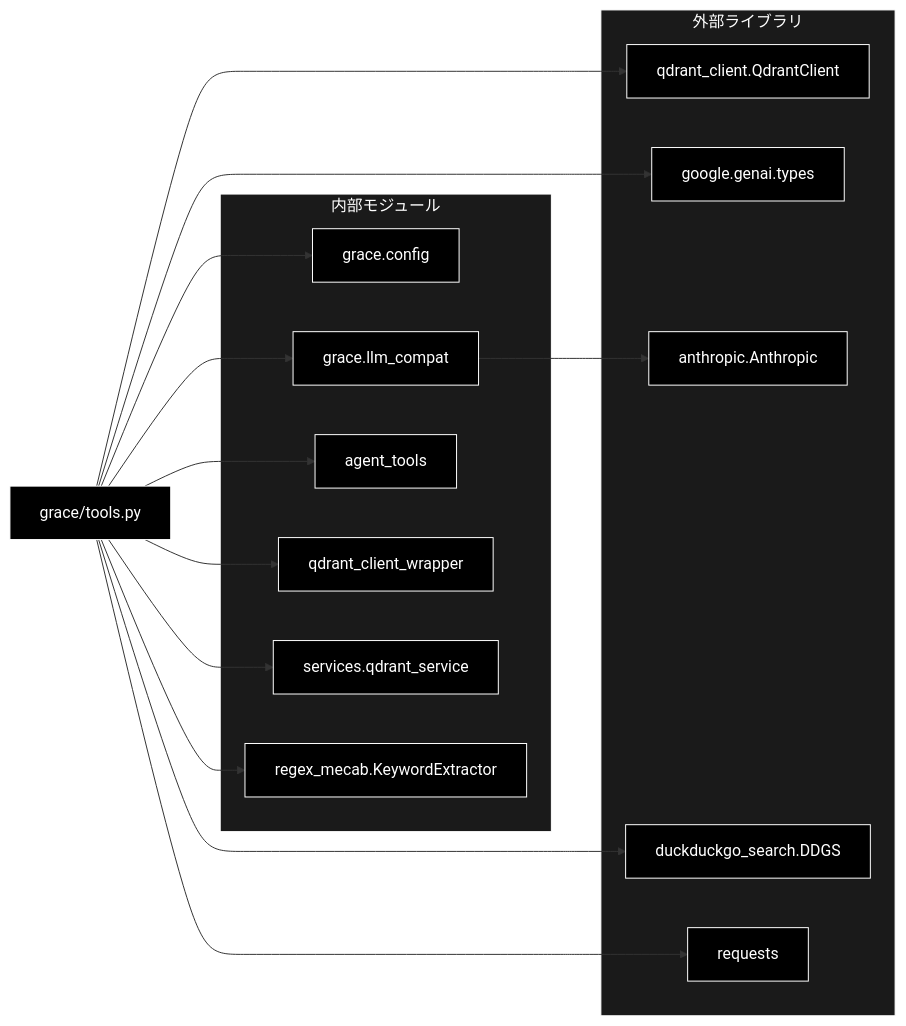
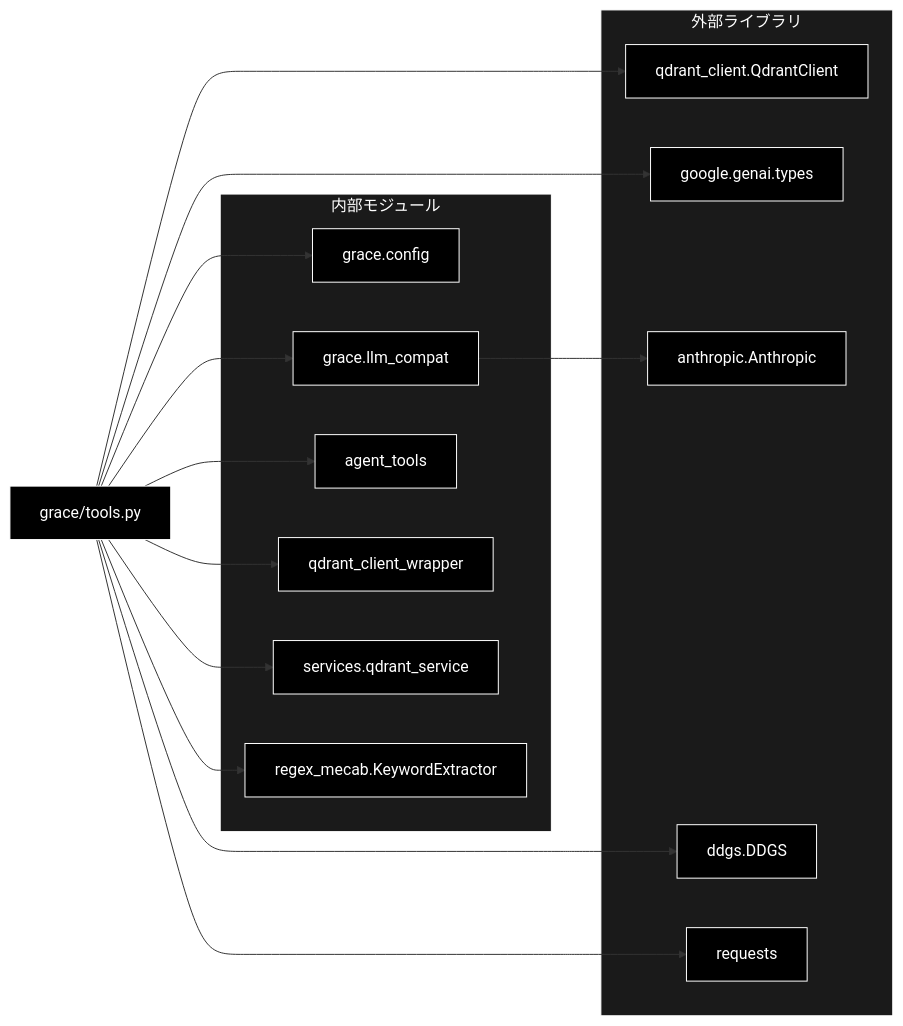
Before and after one commit to nakashima2toshio/grace_v2_local: the third of 3 diagrams in grace/docs/tools.md, drawn with Mermaid. The commit also changed other lines of this file and 5 other files, not shown here.

First line of the commit message:
fix(web_search): SerpAPI 失敗の理由を残し、キーを伏せ、DDG フォールバックを復活させる

````diff
--- a/grace/docs/tools.md
+++ b/grace/docs/tools.md
@@ -1086,38 +1086,38 @@
 ```mermaid
 flowchart LR
     TOOLS["grace/tools.py"]
 
     subgraph EXT["外部ライブラリ"]
         QC["qdrant_client.QdrantClient"]
         GENAI["google.genai.types"]
         ANTHROPIC["anthropic.Anthropic"]
-        DDG["duckduckgo_search.DDGS"]
+        DDG["ddgs.DDGS"]
         REQ["requests"]
     end
 
     subgraph INT["内部モジュール"]
         CFG["grace.config"]
         COMPAT["grace.llm_compat"]
         ATOOLS["agent_tools"]
         QWRAP["qdrant_client_wrapper"]
         QSVC["services.qdrant_service"]
         MECAB["regex_mecab.KeywordExtractor"]
     end
 
     TOOLS --> QC
     TOOLS --> GENAI
     TOOLS --> DDG
     TOOLS --> REQ
     TOOLS --> CFG
     TOOLS --> COMPAT
     TOOLS --> ATOOLS
     TOOLS --> QWRAP
     TOOLS --> QSVC
     TOOLS --> MECAB
     COMPAT --> ANTHROPIC
 classDef default fill:#000,stroke:#fff,color:#fff
 classDef subgraphStyle fill:#1a1a1a,stroke:#fff,color:#fff
 class TOOLS,QC,GENAI,ANTHROPIC,DDG,REQ,CFG,COMPAT,ATOOLS,QWRAP,QSVC,MECAB default
 style EXT fill:#1a1a1a,stroke:#fff,color:#fff
 style INT fill:#1a1a1a,stroke:#fff,color:#fff
 ```
````
